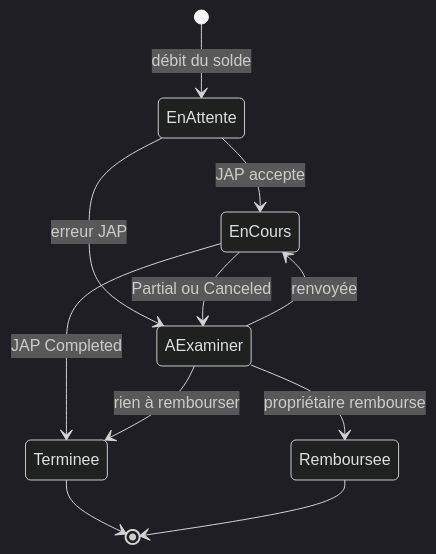
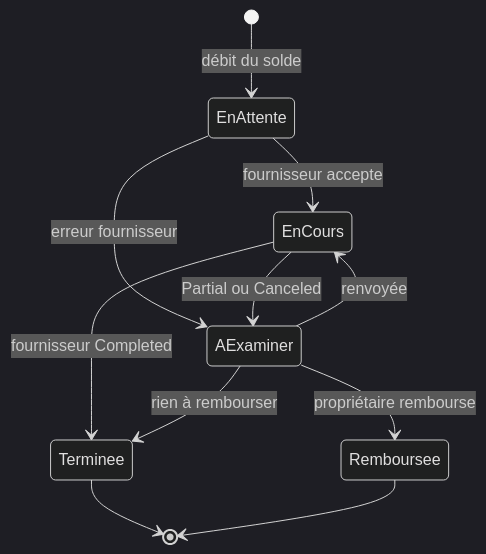
One commit to lyon32/lyonpanel changed diagram 11 of 13 in ARCHITECTURE.md. Above: the diagram before and after it, drawn with Mermaid (dark theme). The commit also changed other lines of this file and 39 other files, not shown here.

Commit message:
docs(phase-4): phase 3 validée, JAP remplacé par fournisseur, plan de la phase 4

````diff
--- a/ARCHITECTURE.md
+++ b/ARCHITECTURE.md
@@ -275,13 +275,13 @@
 ```mermaid
 stateDiagram-v2
   [*] --> EnAttente: débit du solde
-  EnAttente --> EnCours: JAP accepte
-  EnAttente --> AExaminer: erreur JAP
-  EnCours --> Terminee: JAP Completed
+  EnAttente --> EnCours: fournisseur accepte
+  EnAttente --> AExaminer: erreur fournisseur
+  EnCours --> Terminee: fournisseur Completed
   EnCours --> AExaminer: Partial ou Canceled
   AExaminer --> Remboursee: propriétaire rembourse
   AExaminer --> EnCours: renvoyée
   AExaminer --> Terminee: rien à rembourser
   Terminee --> [*]
   Remboursee --> [*]
 ```
````
